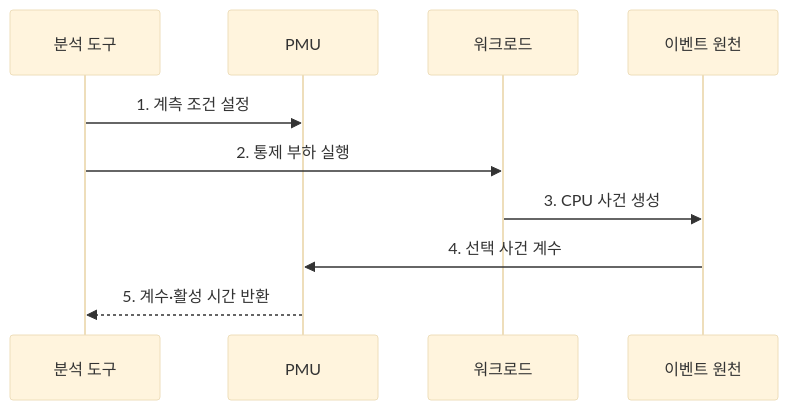
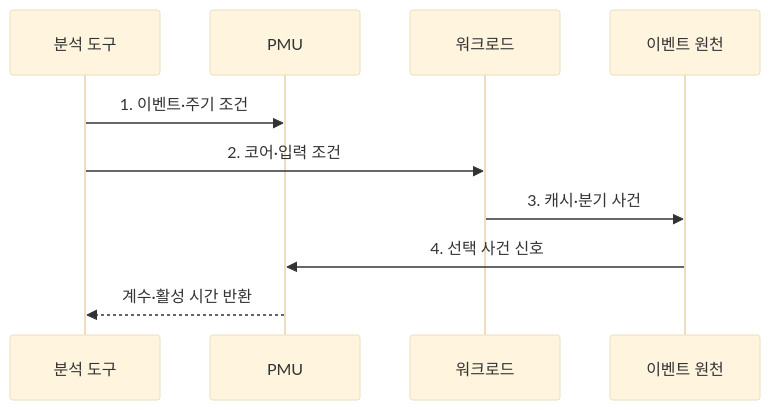
One commit to agnusdei1207/knowledge-base changed the second of 2 diagrams in src/content/docs/notes/02-hardware/091_hardware_performance_counter_pmu.md. Above: the diagram before and after it, drawn with Mermaid (base theme). The commit also changed other lines of this file and 14 other files, not shown here.

````diff
--- a/src/content/docs/notes/02-hardware/091_hardware_performance_counter_pmu.md
+++ b/src/content/docs/notes/02-hardware/091_hardware_performance_counter_pmu.md
@@ -106,12 +103,12 @@
 ```mermaid
 sequenceDiagram
     participant A as 분석 도구
     participant P as PMU
     participant W as 워크로드
     participant E as 이벤트 원천
-    A->>P: 1. 계측 조건 설정
-    A->>W: 2. 통제 부하 실행
-    W->>E: 3. CPU 사건 생성
-    E->>P: 4. 선택 사건 계수
-    P-->>A: 5. 계수·활성 시간 반환
+    A->>P: 1. 이벤트·주기 조건
+    A->>W: 2. 코어·입력 조건
+    W->>E: 3. 캐시·분기 사건
+    E->>P: 4. 선택 사건 신호
+    P-->>A: 계수·활성 시간 반환
 ```
````
